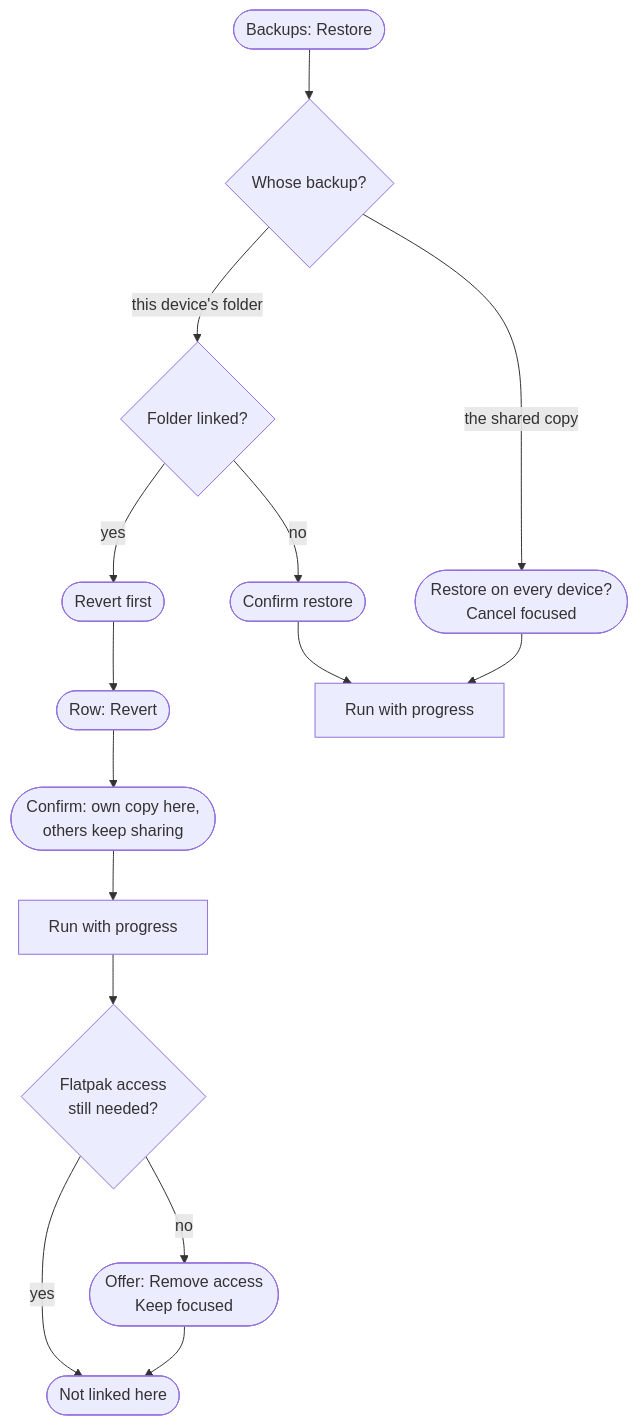
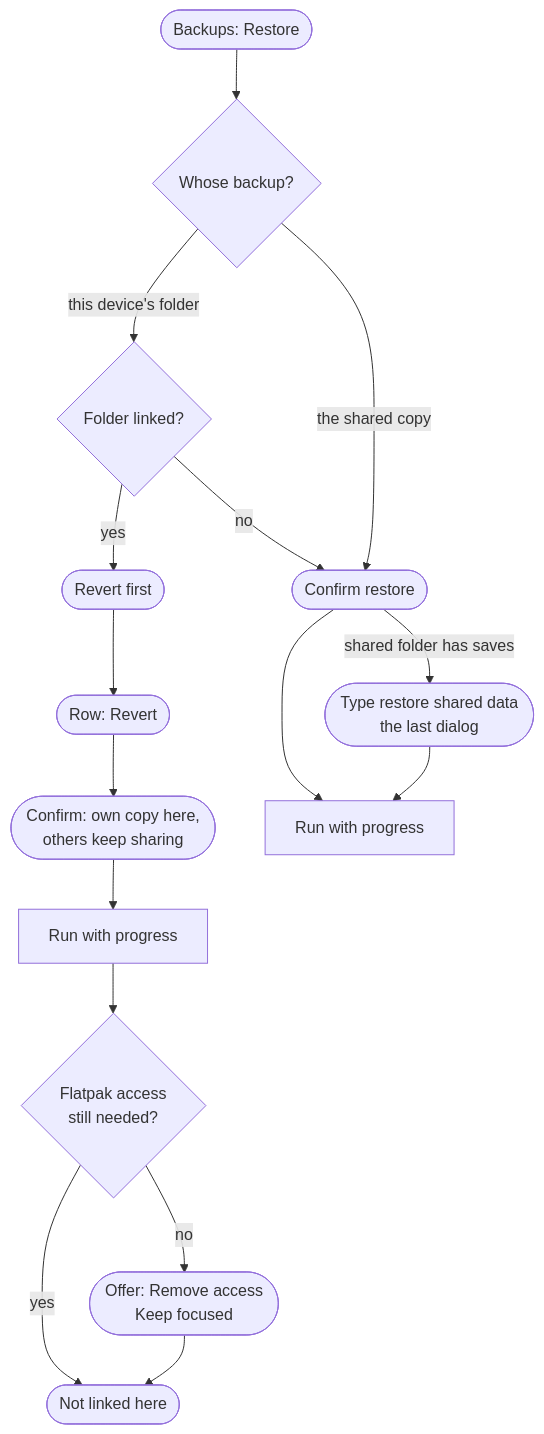
Before and after one commit to carlocgc/SaveTether: the fifth of 5 diagrams in docs/design/desktop-app-spec.md, drawn with Mermaid. The commit also changed other lines of this file and 19 other files, not shown here.

First line of the commit message:
Guard replacing and restoring shared saves with a typed phrase (#125)

````diff
--- a/docs/design/desktop-app-spec.md
+++ b/docs/design/desktop-app-spec.md
@@ -535,14 +534,15 @@
 ```mermaid
 flowchart TD
   A(["Row: Revert"]) --> C1(["Confirm: own copy here,<br/>others keep sharing"])
   C1 --> R1["Run with progress"]
   R1 --> FG{"Flatpak access<br/>still needed?"}
   FG -- no --> RM(["Offer: Remove access<br/>Keep focused"])
   FG -- yes --> DONE(["Not linked here"])
   RM --> DONE
   B(["Backups: Restore"]) --> K{"Whose backup?"}
   K -- "this device's folder" --> L{"Folder linked?"}
   L -- yes --> RF(["Revert first"]) --> A
   L -- no --> C2(["Confirm restore"]) --> R2["Run with progress"]
-  K -- "the shared copy" --> C3(["Restore on every device?<br/>Cancel focused"]) --> R2
+  K -- "the shared copy" --> C2
+  C2 -- "shared folder has saves" --> C3(["Type restore shared data<br/>the last dialog"]) --> R2
 ```
````
